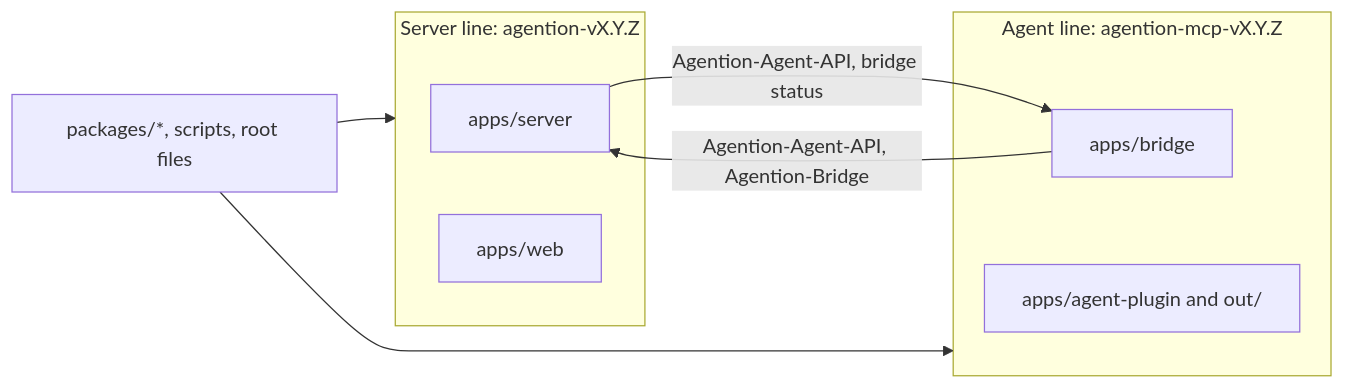
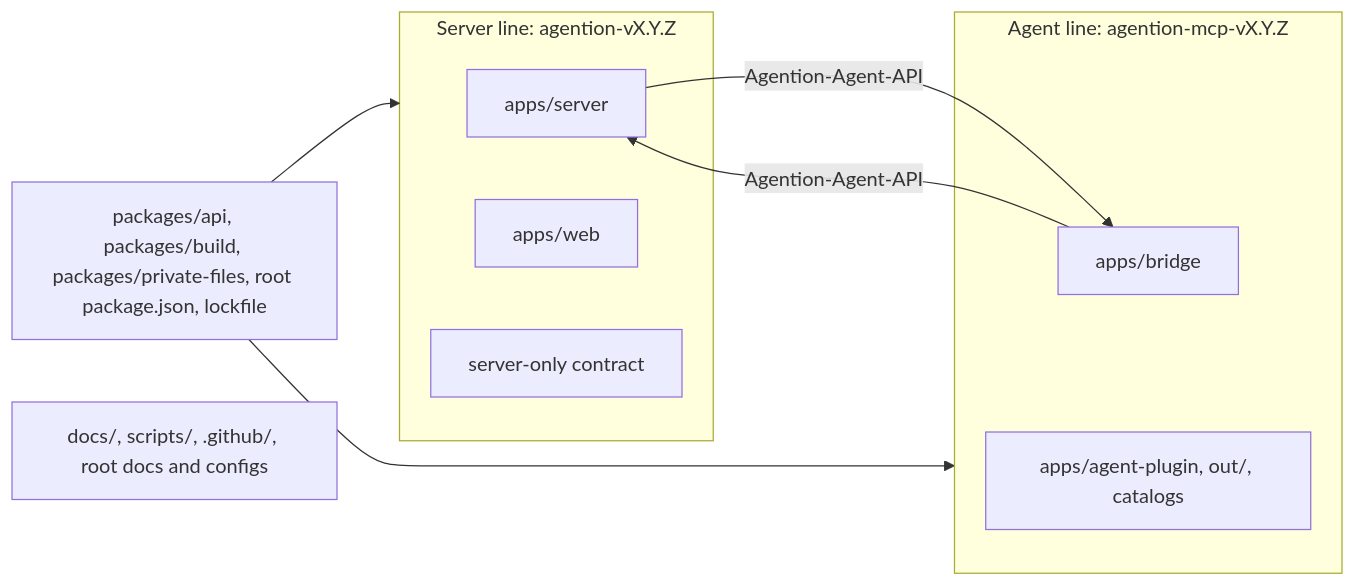
The diagram in docs/sdd/2026-11-22-separate-releases/hla.md (WayfarerLabs/agention), drawn with Mermaid before and after one commit. The commit also changed other lines of this file and 2 other files, not shown here.

````diff
--- a/docs/sdd/2026-11-22-separate-releases/hla.md
+++ b/docs/sdd/2026-11-22-separate-releases/hla.md
@@ -24,16 +24,18 @@
 ```mermaid
 flowchart LR
   subgraph serverLine["Server line: agention-vX.Y.Z"]
     server["apps/server"]
     web["apps/web"]
+    opApi["server-only contract"]
   end
   subgraph agentLine["Agent line: agention-mcp-vX.Y.Z"]
     bridge["apps/bridge"]
-    plugin["apps/agent-plugin and out/"]
+    plugin["apps/agent-plugin, out/, catalogs"]
   end
-  shared["packages/*, scripts, root files"]
+  shared["packages/api, packages/build, packages/private-files, root package.json, lockfile"]
+  none["docs/, scripts/, .github/, root docs and configs"]
   shared --> serverLine
   shared --> agentLine
-  bridge -- "Agention-Agent-API, Agention-Bridge" --> server
-  server -- "Agention-Agent-API, bridge status" --> bridge
+  bridge -- "Agention-Agent-API" --> server
+  server -- "Agention-Agent-API" --> bridge
 ```
````
